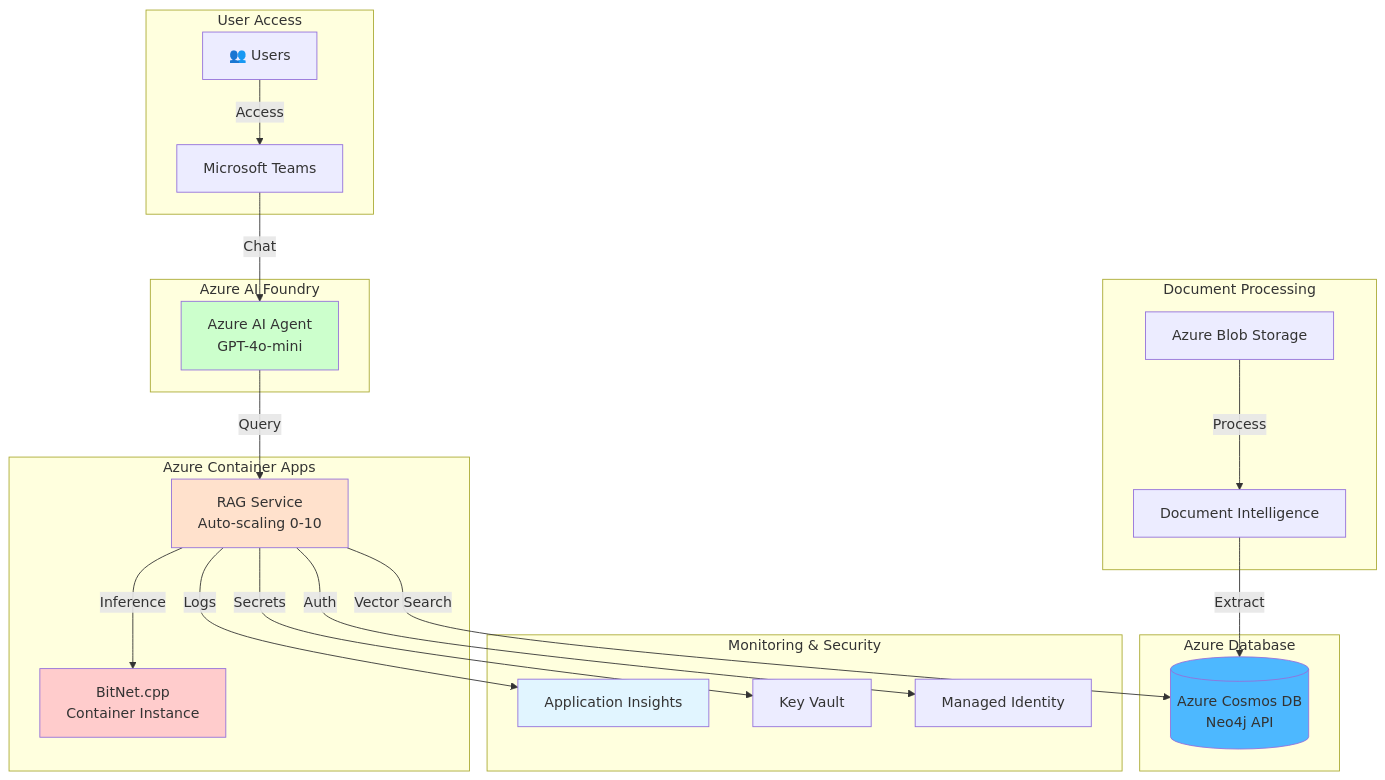
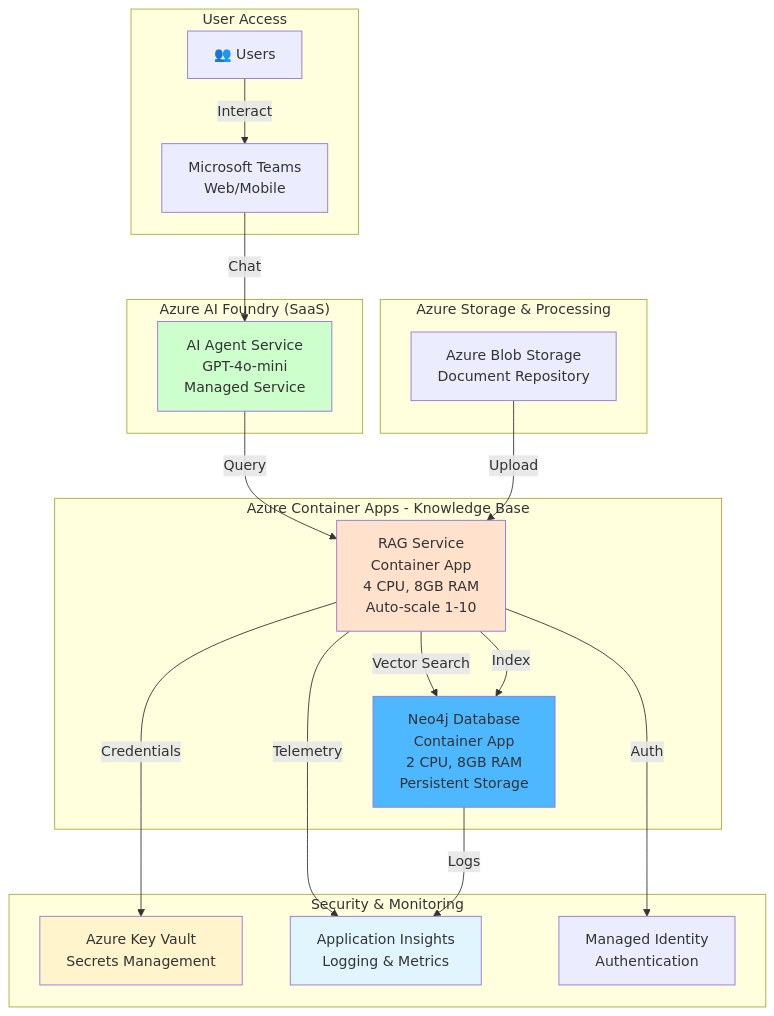
Before and after one commit to ma3u/neo4j-agentframework: the second of 2 diagrams in README.md, drawn with Mermaid. The commit also changed other lines of this file, not shown here.

Commit message:
Fix Azure architecture: Use Neo4j Container App (not Cosmos DB)
CRITICAL FIX - Azure diagram was WRONG:

Removed:
❌ Azure Cosmos DB with Neo4j API (incorrect)
❌ BitNet.cpp Container Instance (not deployed to cloud)

Added:
✅ Neo4j Database Container App (2 CPU, 8GB)
✅ RAG Service Container App (4 CPU, 8GB, auto-scale 1-10)
✅ Direct connection: RAG → Neo4j vector search
✅ Clear separation: Knowledge base in Container Apps

Updated explanation:
- Neo4j + RAG both run as Container Apps (not Cosmos DB)
- Azure AI Foundry provides managed AI (no BitNet in cloud)
- Clean architecture: Knowledge base layer separate from AI layer
- Cost: ~$326/month for Neo4j + RAG containers only

Architecture now correctly shows hybrid approach:
- Local: Neo4j + RAG + BitNet + Streamlit
- Cloud: Neo4j Container App + RAG Container App + AI Foundry (SaaS)

🤖 Generated with [Claude Code](https://claude.com/claude-code)

````diff
--- a/README.md
+++ b/README.md
@@ -107,48 +107,44 @@
 ```mermaid
 graph TB
     subgraph "User Access"
         Users[👥 Users]
-        Teams[Microsoft Teams]
-        Users -->|Access| Teams
+        Teams[Microsoft Teams<br/>Web/Mobile]
+        Users -->|Interact| Teams
     end
 
-    subgraph "Azure AI Foundry"
-        Agent[Azure AI Agent<br/>GPT-4o-mini]
+    subgraph "Azure AI Foundry (SaaS)"
+        Agent[AI Agent Service<br/>GPT-4o-mini<br/>Managed Service]
         Teams -->|Chat| Agent
     end
 
-    subgraph "Azure Container Apps"
-        RAGAPI[RAG Service<br/>Auto-scaling 0-10]
-        BitNetContainer[BitNet.cpp<br/>Container Instance]
-        Agent -->|Query| RAGAPI
-        RAGAPI -->|Inference| BitNetContainer
+    subgraph "Azure Container Apps - Knowledge Base"
+        Neo4jApp[Neo4j Database<br/>Container App<br/>2 CPU, 8GB RAM<br/>Persistent Storage]
+        RAGApp[RAG Service<br/>Container App<br/>4 CPU, 8GB RAM<br/>Auto-scale 1-10]
+
+        Agent -->|Query| RAGApp
+        RAGApp -->|Vector Search| Neo4jApp
     end
 
-    subgraph "Azure Database"
-        CosmosNeo4j[(Azure Cosmos DB<br/>Neo4j API)]
-        RAGAPI -->|Vector Search| CosmosNeo4j
+    subgraph "Azure Storage & Processing"
+        BlobStorage[Azure Blob Storage<br/>Document Repository]
+        BlobStorage -->|Upload| RAGApp
+        RAGApp -->|Index| Neo4jApp
     end
 
-    subgraph "Document Processing"
-        Storage[Azure Blob Storage]
-        DocIntel[Document Intelligence]
-        Storage -->|Process| DocIntel
-        DocIntel -->|Extract| CosmosNeo4j
-    end
+    subgraph "Security & Monitoring"
+        KeyVault[Azure Key Vault<br/>Secrets Management]
+        AppInsights[Application Insights<br/>Logging & Metrics]
+        ManagedID[Managed Identity<br/>Authentication]
 
-    subgraph "Monitoring & Security"
-        AppInsights[Application Insights]
-        KeyVault[Key Vault]
-        ManagedID[Managed Identity]
-
-        RAGAPI -->|Logs| AppInsights
-        RAGAPI -->|Secrets| KeyVault
-        RAGAPI -->|Auth| ManagedID
+        RAGApp -->|Credentials| KeyVault
+        RAGApp -->|Telemetry| AppInsights
+        RAGApp -->|Auth| ManagedID
+        Neo4jApp -->|Logs| AppInsights
     end
 
     style Agent fill:#ccffcc
-    style RAGAPI fill:#ffe1cc
-    style BitNetContainer fill:#ffcccc
-    style CosmosNeo4j fill:#4db8ff
+    style RAGApp fill:#ffe1cc
+    style Neo4jApp fill:#4db8ff
     style AppInsights fill:#e1f5ff
+    style KeyVault fill:#fff4cc
 ```
````
